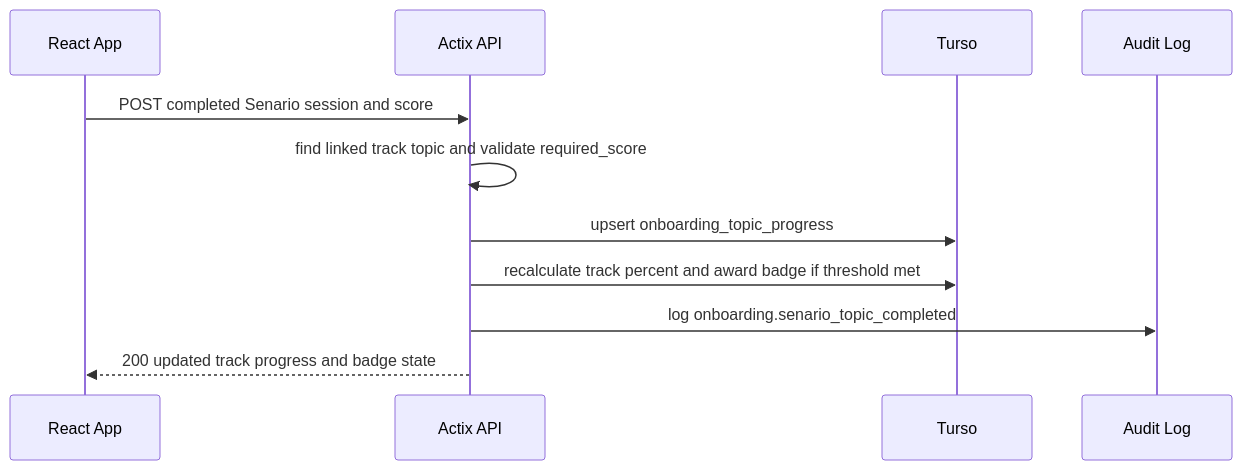
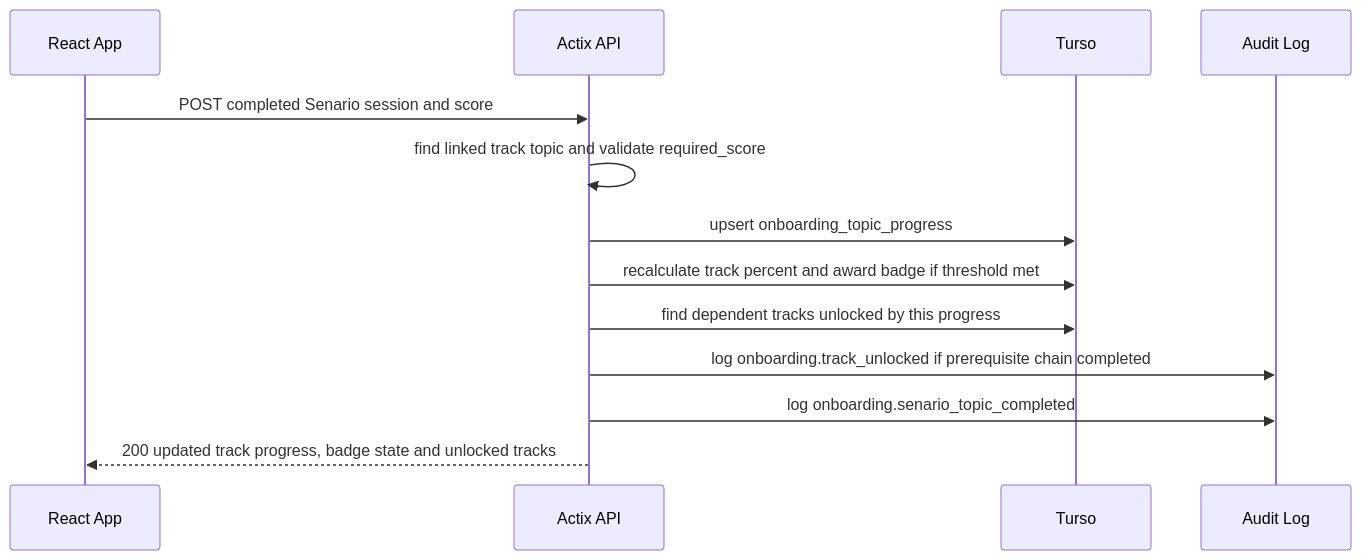
One commit to CopimatorKung/Temp changed diagram 23 of 24 in docs/dev/api-sequence-diagrams.md. Above: the diagram before and after it, drawn with Mermaid. The commit also changed other lines of this file and 20 other files, not shown here.

````diff
--- a/docs/dev/api-sequence-diagrams.md
+++ b/docs/dev/api-sequence-diagrams.md
@@ -424,14 +527,16 @@
 ```mermaid
 sequenceDiagram
     participant FE as React App
     participant API as Actix API
     participant DB as Turso
     participant Audit as Audit Log
 
     FE->>API: POST completed Senario session and score
     API->>API: find linked track topic and validate required_score
     API->>DB: upsert onboarding_topic_progress
     API->>DB: recalculate track percent and award badge if threshold met
+    API->>DB: find dependent tracks unlocked by this progress
+    API->>Audit: log onboarding.track_unlocked if prerequisite chain completed
     API->>Audit: log onboarding.senario_topic_completed
-    API-->>FE: 200 updated track progress and badge state
+    API-->>FE: 200 updated track progress, badge state and unlocked tracks
 ```
````
